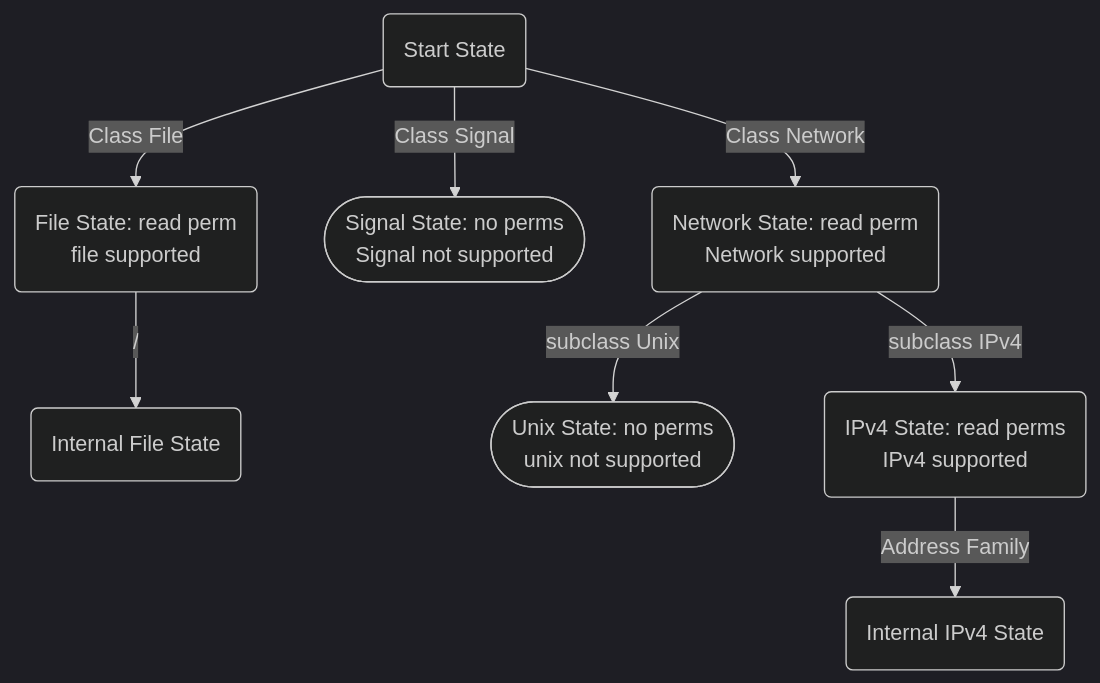
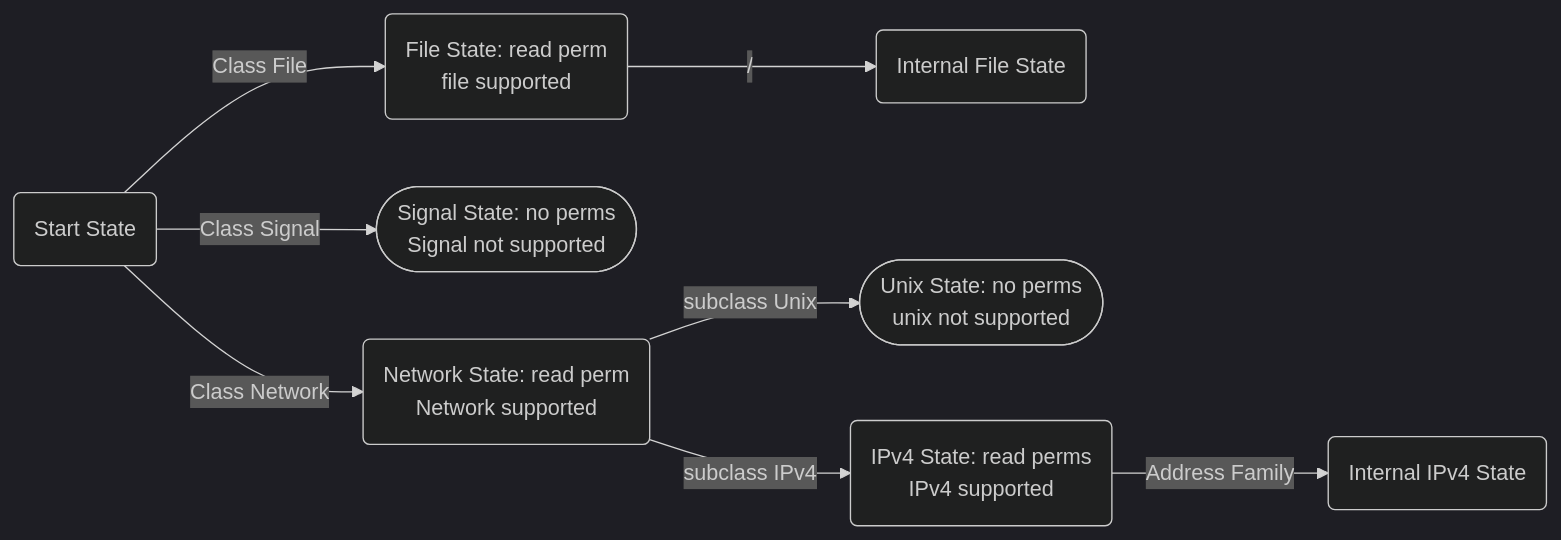
Before and after one commit to youngker/apparmor-wiki: the diagram in AppArmorFeatureABI.md, drawn with Mermaid (dark theme).

Commit message:
Update AppArmorFeatureABI

````diff
--- a/AppArmorFeatureABI.md
+++ b/AppArmorFeatureABI.md
@@ -144,10 +144,10 @@
 ```mermaid
-graph TD;
+graph LR;
   A(Start State) --> |Class File| F;
   A --> |Class Signal| S([Signal State: no perms<br> Signal not supported]);
   A --> |Class Network| N;
   F(File State: read perm<br> file supported) --> |/| Fi(Internal File State);
   N(Network State: read perm<br> Network supported) --> |subclass Unix| U([Unix State: no perms<br> unix not supported]);
   N --> |subclass IPv4| I(IPv4 State: read perms<br>IPv4 supported);
   I --> |Address Family| ipv4(Internal IPv4 State);
 ```
````
